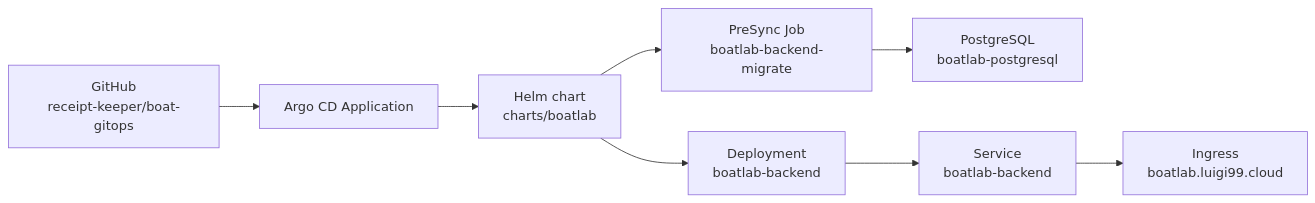
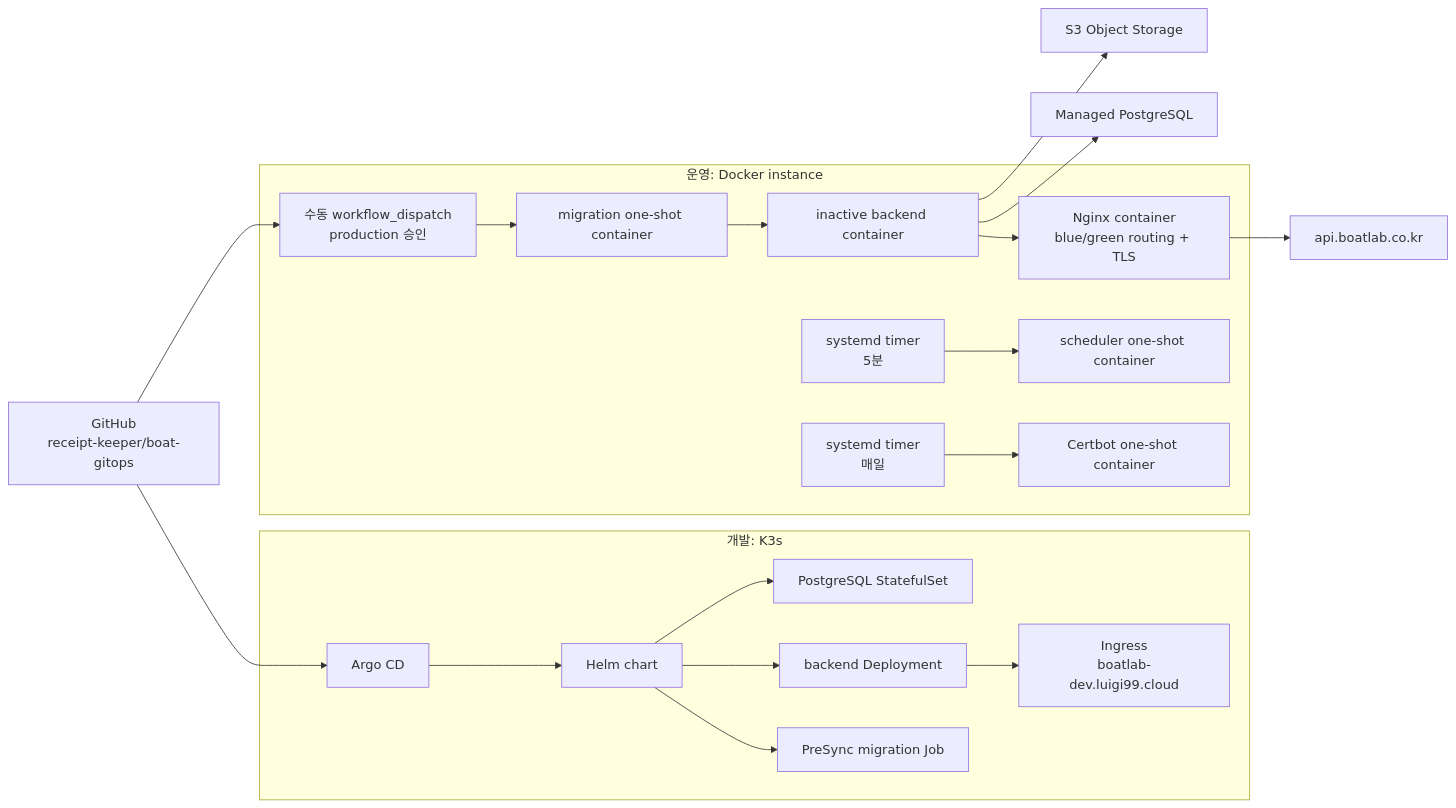
Before and after one commit to receipt-keeper/boat-gitops: the diagram in ARCHITECTURE.md, drawn with Mermaid. The commit also changed other lines of this file and 5 other files, not shown here.

````diff
--- a/ARCHITECTURE.md
+++ b/ARCHITECTURE.md
@@ -40,10 +8,26 @@
 ```mermaid
 flowchart LR
-  github["GitHub\nreceipt-keeper/boat-gitops"] --> argocd["Argo CD Application"]
-  argocd --> helm["Helm chart\ncharts/boatlab"]
-  helm --> hook["PreSync Job\nboatlab-backend-migrate"]
-  hook --> db["PostgreSQL\nboatlab-postgresql"]
-  helm --> api["Deployment\nboatlab-backend"]
-  api --> svc["Service\nboatlab-backend"]
-  svc --> ingress["Ingress\nboatlab.luigi99.cloud"]
+  repo["GitHub<br/>receipt-keeper/boat-gitops"]
+
+  subgraph dev["개발: K3s"]
+    argo["Argo CD"] --> helm["Helm chart"]
+    helm --> devMigration["PreSync migration Job"]
+    helm --> devApi["backend Deployment"]
+    helm --> devDb["PostgreSQL StatefulSet"]
+    devApi --> devIngress["Ingress<br/>boatlab-dev.luigi99.cloud"]
+  end
+
+  subgraph prod["운영: Docker instance"]
+    workflow["수동 workflow_dispatch<br/>production 승인"] --> migration["migration one-shot container"]
+    migration --> inactive["inactive backend container"]
+    inactive --> nginx["Nginx container<br/>blue/green routing + TLS"]
+    schedulerTimer["systemd timer<br/>5분"] --> scheduler["scheduler one-shot container"]
+    certTimer["systemd timer<br/>매일"] --> certbot["Certbot one-shot container"]
+  end
+
+  repo --> argo
+  repo --> workflow
+  inactive --> prodDb["Managed PostgreSQL"]
+  inactive --> bucket["S3 Object Storage"]
+  nginx --> public["api.boatlab.co.kr"]
 ```
````
